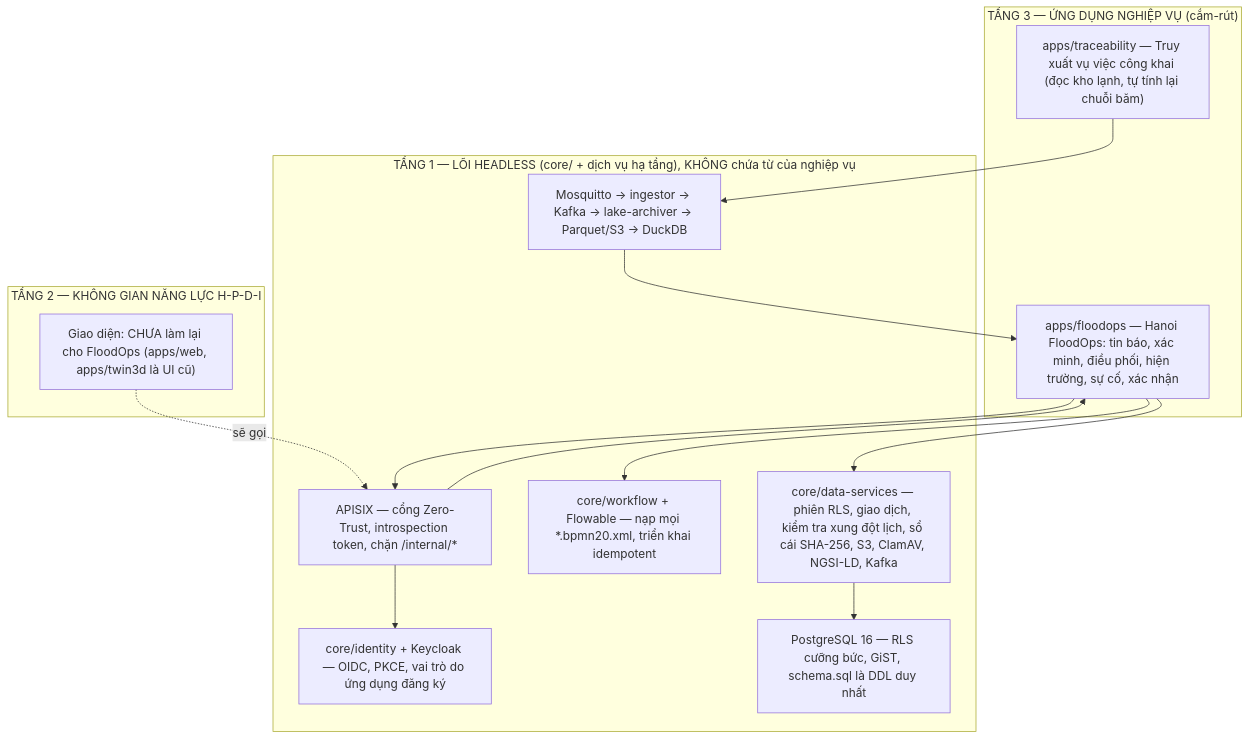
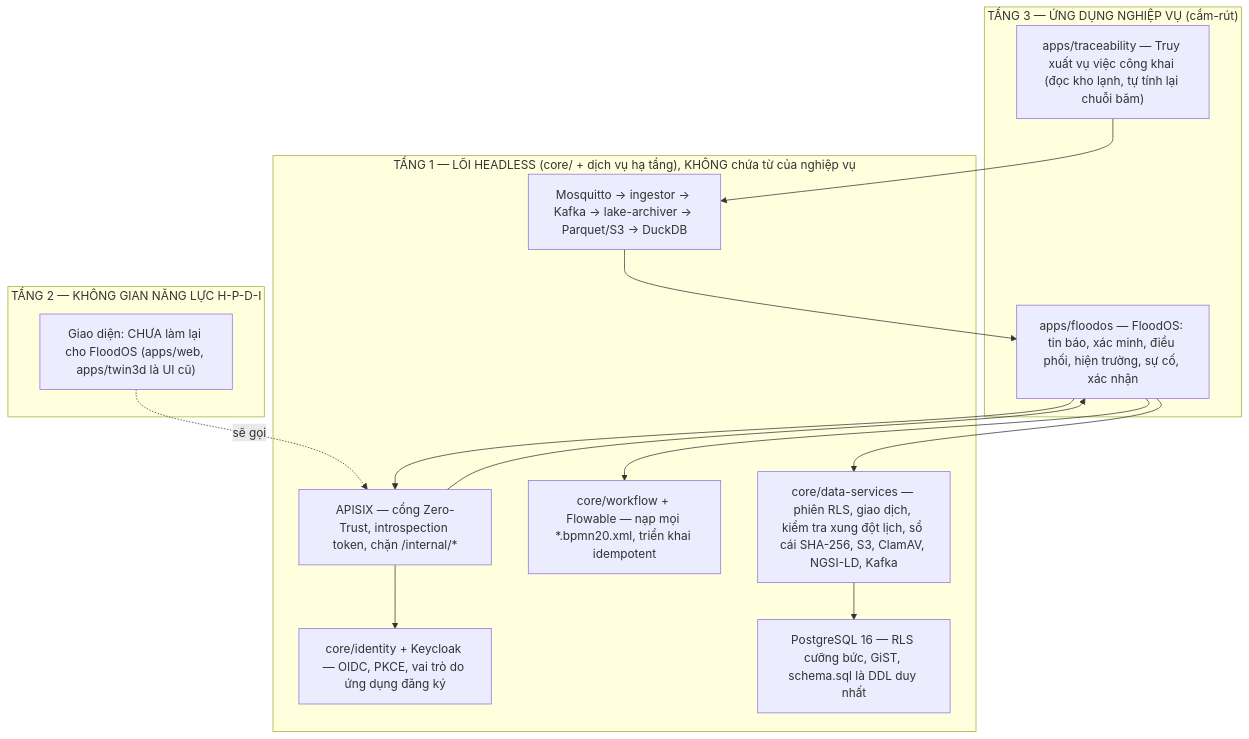
One commit to Floodos-hou/FloodOS changed the diagram in docs/architecture.md. Above: the diagram before and after it, drawn with Mermaid. The commit also changed other lines of this file and 196 other files, not shown here.

````diff
--- a/docs/architecture.md
+++ b/docs/architecture.md
@@ -13,30 +13,30 @@
 ```mermaid
 flowchart TD
     subgraph T3 ["TẦNG 3 — ỨNG DỤNG NGHIỆP VỤ (cắm-rút)"]
-        FO["apps/floodops — Hanoi FloodOps: tin báo, xác minh, điều phối, hiện trường, sự cố, xác nhận"]
+        FO["apps/floodos — FloodOS: tin báo, xác minh, điều phối, hiện trường, sự cố, xác nhận"]
         TR["apps/traceability — Truy xuất vụ việc công khai (đọc kho lạnh, tự tính lại chuỗi băm)"]
     end
 
     subgraph T2 ["TẦNG 2 — KHÔNG GIAN NĂNG LỰC H-P-D-I"]
-        UI["Giao diện: CHƯA làm lại cho FloodOps (apps/web, apps/twin3d là UI cũ)"]
+        UI["Giao diện: CHƯA làm lại cho FloodOS (apps/web, apps/twin3d là UI cũ)"]
     end
 
     subgraph T1 ["TẦNG 1 — LÕI HEADLESS (core/ + dịch vụ hạ tầng), KHÔNG chứa từ của nghiệp vụ"]
         GW["APISIX — cổng Zero-Trust, introspection token, chặn /internal/*"]
         IAM["core/identity + Keycloak — OIDC, PKCE, vai trò do ứng dụng đăng ký"]
         WF["core/workflow + Flowable — nạp mọi *.bpmn20.xml, triển khai idempotent"]
         DS["core/data-services — phiên RLS, giao dịch, kiểm tra xung đột lịch, sổ cái SHA-256, S3, ClamAV, NGSI-LD, Kafka"]
         PG["PostgreSQL 16 — RLS cưỡng bức, GiST, schema.sql là DDL duy nhất"]
         OT["Mosquitto → ingestor → Kafka → lake-archiver → Parquet/S3 → DuckDB"]
     end
 
     UI -. "sẽ gọi" .-> GW
     FO --> GW
     GW --> IAM
     GW --> FO
     FO --> WF
     FO --> DS
     DS --> PG
     OT --> FO
     TR --> OT
 ```
````
